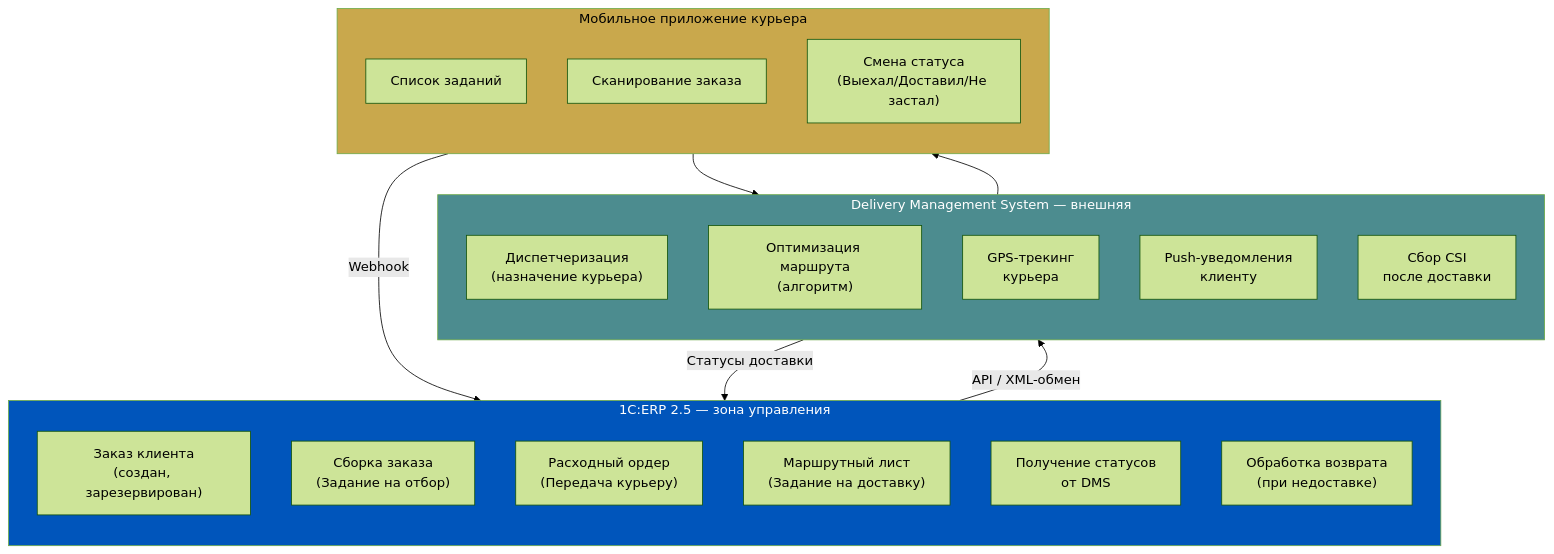
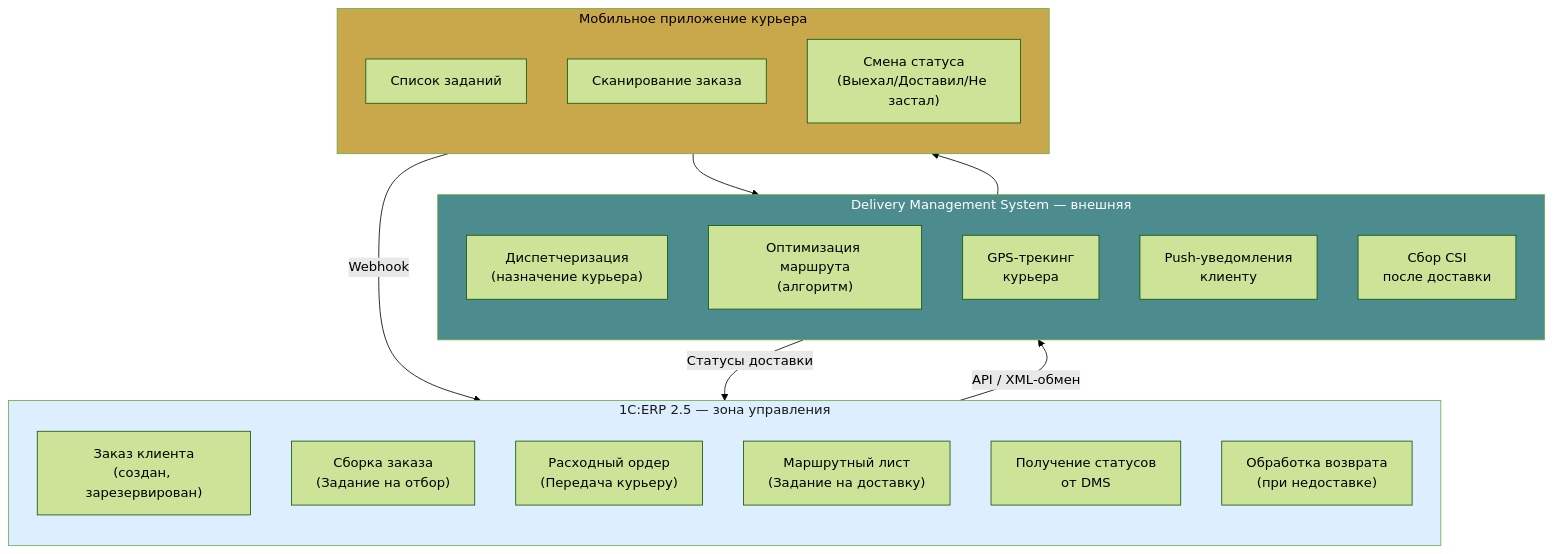
One commit to murad1986/1c-erp-quartz changed the first of 7 diagrams in content/1c-erp/week_7/Неделя 7 - День 2 - Интеграция курьерской доставки.md. Above: the diagram before and after it, drawn with Mermaid (forest theme). The commit also changed other lines of this file and 57 other files, not shown here.

First line of the commit message:
fix: Mermaid — пастельные цвета в источниках диаграмм (56 файлов)

````diff
--- a/content/1c-erp/week_7/Неделя 7 - День 2 - Интеграция курьерской доставки.md
+++ b/content/1c-erp/week_7/Неделя 7 - День 2 - Интеграция курьерской доставки.md
@@ -56,38 +56,38 @@
 ```mermaid
 flowchart TB
     subgraph ERP["1C:ERP 2.5 — зона управления"]
         direction TB
         Order["Заказ клиента<br/>(создан, зарезервирован)"]
         Pick["Сборка заказа<br/>(Задание на отбор)"]
         RO["Расходный ордер<br/>(Передача курьеру)"]
         ML["Маршрутный лист<br/>(Задание на доставку)"]
         Status["Получение статусов<br/>от DMS"]
         Return["Обработка возврата<br/>(при недоставке)"]
     end
 
     subgraph DMS["Delivery Management System — внешняя"]
         direction TB
         Dispatch["Диспетчеризация<br/>(назначение курьера)"]
         Route["Оптимизация маршрута<br/>(алгоритм)"]
         Track["GPS-трекинг<br/>курьера"]
         Push["Push-уведомления<br/>клиенту"]
         CSI["Сбор CSI<br/>после доставки"]
     end
 
     subgraph App["Мобильное приложение курьера"]
         direction TB
         AppTask["Список заданий"]
         AppScan["Сканирование заказа"]
         AppStatus["Смена статуса<br/>(Выехал/Доставил/Не застал)"]
     end
 
-    style ERP fill:#0055BB,color:#fff
+    style ERP fill:#dceeff,color:#1a1a1a
     style DMS fill:#4C8C8F,color:#fff
     style App fill:#C9A84C,color:#000
 
     ML -->|"API / XML-обмен"| DMS
     DMS -->|"Статусы доставки"| Status
     Dispatch --> App
     App --> Track
     AppStatus -->|"Webhook"| Status
 ```
````
